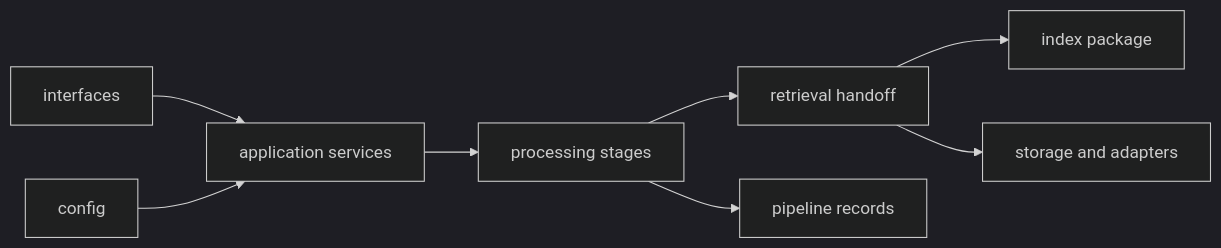
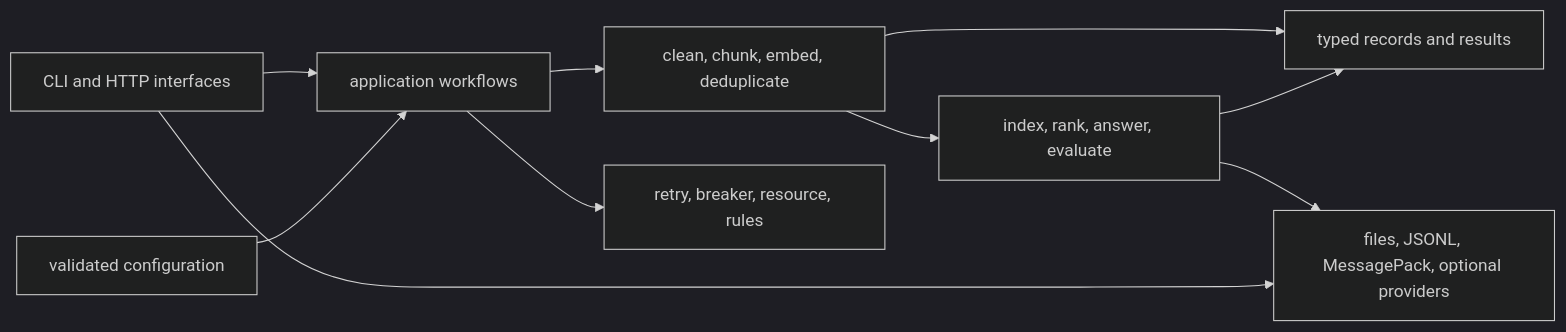
The diagram in docs/02-bijux-canon-ingest/architecture/index.md (bijux/bijux-canon), drawn with Mermaid (dark theme) before and after one commit. The commit also changed other lines of this file and 3 other files, not shown here.

````diff
--- a/docs/02-bijux-canon-ingest/architecture/index.md
+++ b/docs/02-bijux-canon-ingest/architecture/index.md
@@ -22,17 +19,20 @@
 ```mermaid
 flowchart LR
-    interfaces["interfaces"]
-    application["application services"]
-    config["config"]
-    processing["processing stages"]
-    retrieval["retrieval handoff"]
-    observability["pipeline records"]
-    infra["storage and adapters"]
-    downstream["index package"]
+    edges["CLI and HTTP interfaces"]
+    app["application workflows"]
+    config["validated configuration"]
+    processing["clean, chunk, embed, deduplicate"]
+    retrieval["index, rank, answer, evaluate"]
+    safeguards["retry, breaker, resource, rules"]
+    adapters["files, JSONL, MessagePack, optional providers"]
+    records["typed records and results"]
 
-    interfaces --> application
-    config --> application
-    application --> processing --> retrieval --> downstream
-    processing --> observability
-    retrieval --> infra
+    edges --> app
+    config --> app
+    app --> processing --> retrieval
+    app --> safeguards
+    processing --> records
+    retrieval --> records
+    retrieval --> adapters
+    edges --> adapters
 ```
````
